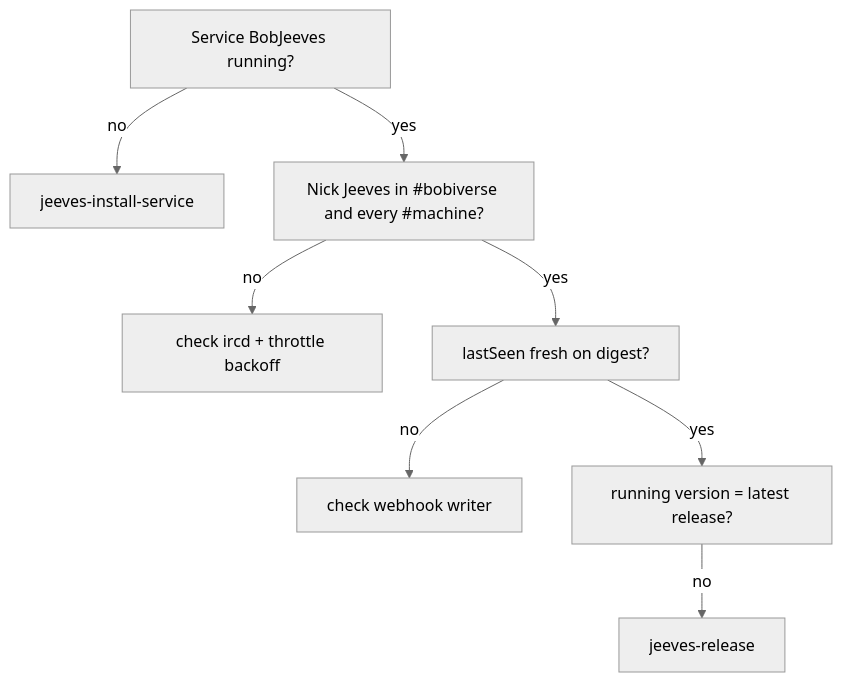
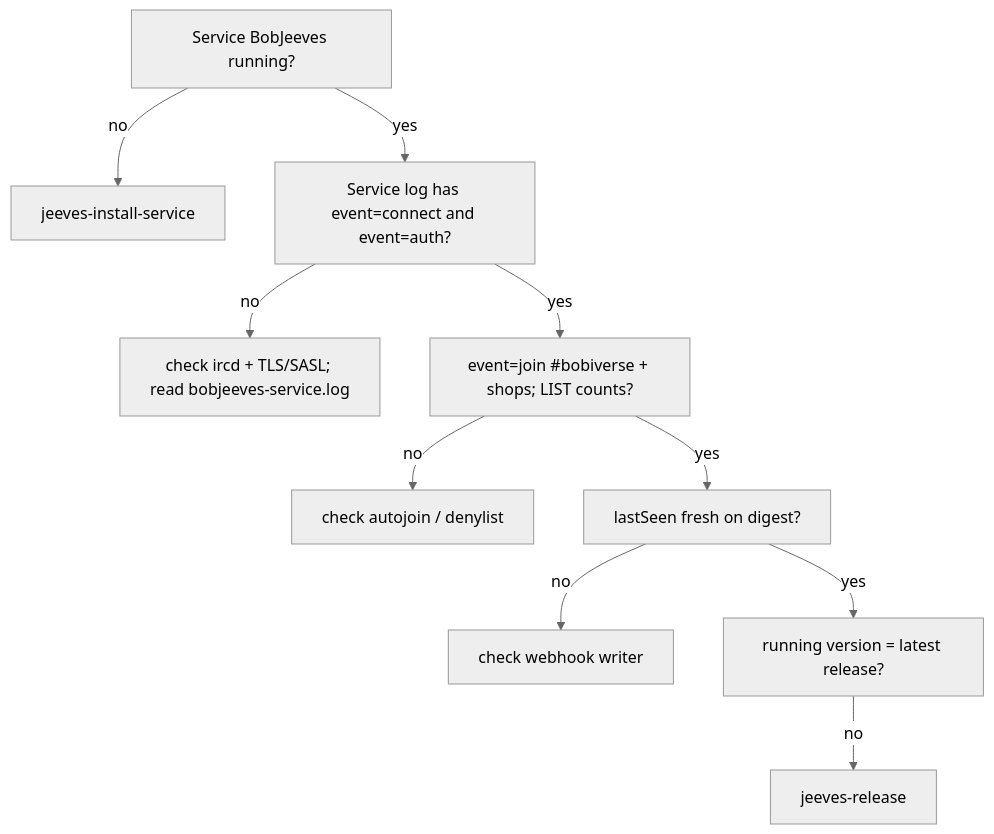
The diagram in skills/jeeves-health/SKILL.md (SimonBarnett/gh-Jeeves), drawn with Mermaid (neutral theme) before and after one commit. The commit also changed other lines of this file and 7 other files, not shown here.

Commit message:
fix(#73): rotating bobjeeves-service.log with structured event= lines

````diff
--- a/skills/jeeves-health/SKILL.md
+++ b/skills/jeeves-health/SKILL.md
@@ -18,10 +18,12 @@
 ```mermaid
 flowchart TD
   S[Service BobJeeves running?] -->|no| F1[jeeves-install-service]
-  S -->|yes| P[Nick Jeeves in #bobiverse and every #machine?]
-  P -->|no| F2[check ircd + throttle backoff]
+  S -->|yes| G[Service log has event=connect and event=auth?]
+  G -->|no| F2[check ircd + TLS/SASL; read bobjeeves-service.log]
+  G -->|yes| P[event=join #bobiverse + shops; LIST counts?]
+  P -->|no| F3[check autojoin / denylist]
   P -->|yes| L[lastSeen fresh on digest?]
-  L -->|no| F3[check webhook writer]
+  L -->|no| F4[check webhook writer]
   L -->|yes| V[running version = latest release?]
-  V -->|no| F4[jeeves-release]
+  V -->|no| F5[jeeves-release]
 ```
````
